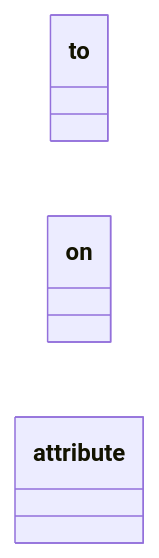
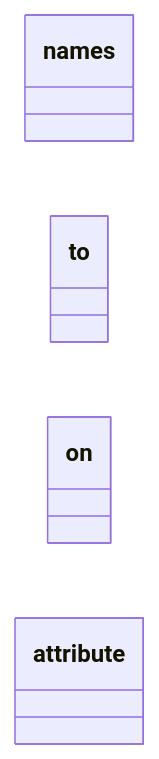
The first of 2 diagrams in readmenator-apidocs/modules/static.js.estorides.js.md (grisuno/estorides), drawn with Mermaid before and after one commit. The commit also changed other lines of this file and 184 other files, not shown here.

````diff
--- a/readmenator-apidocs/modules/static.js.estorides.js.md
+++ b/readmenator-apidocs/modules/static.js.estorides.js.md
@@ -15,7 +15,8 @@
 ```mermaid
 classDiagram
     direction LR
+    class names
     class to
     class on
     class attribute
 ```
````
